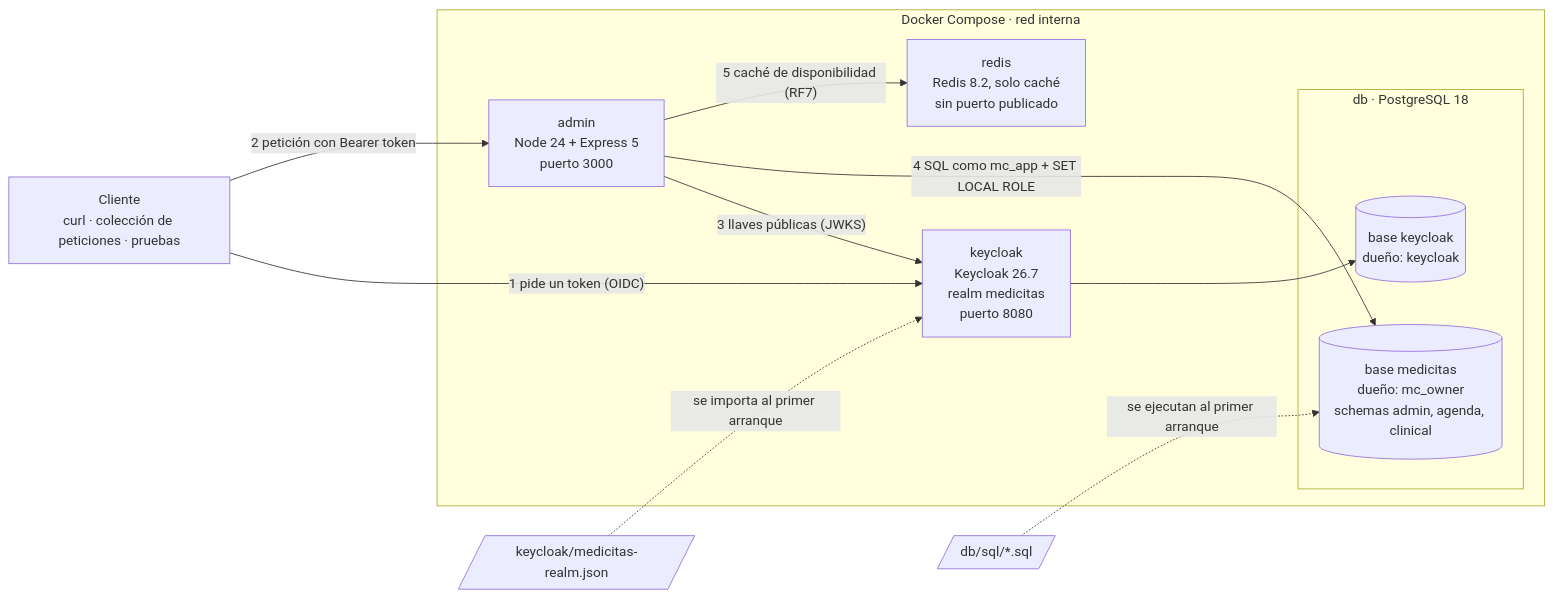
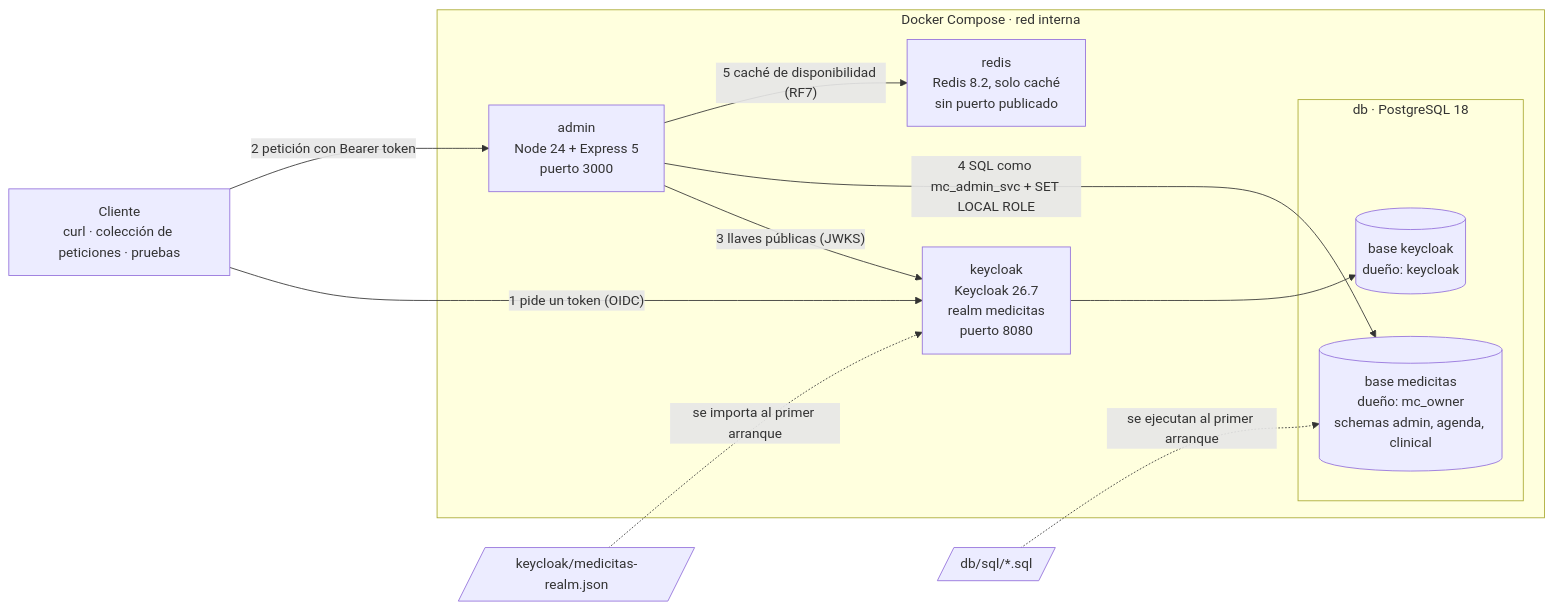
One commit to MechaBort/MediCitas changed the first of 6 diagrams in docs/diagramas.md. Above: the diagram before and after it, drawn with Mermaid. The commit also changed 10 other files, not shown here.

````diff
--- a/docs/diagramas.md
+++ b/docs/diagramas.md
@@ -8,26 +8,26 @@
 ```mermaid
 flowchart LR
     cliente["Cliente<br/>curl · colección de peticiones · pruebas"]
 
     subgraph compose["Docker Compose · red interna"]
         admin["admin<br/>Node 24 + Express 5<br/>puerto 3000"]
         kc["keycloak<br/>Keycloak 26.7<br/>realm medicitas<br/>puerto 8080"]
         subgraph pg["db · PostgreSQL 18"]
             medicitas[("base medicitas<br/>dueño: mc_owner<br/>schemas admin, agenda, clinical")]
             kcdb[("base keycloak<br/>dueño: keycloak")]
         end
         redis["redis<br/>Redis 8.2, solo caché<br/>sin puerto publicado"]
     end
 
     realm[/"keycloak/medicitas-realm.json"/]
     sql[/"db/sql/*.sql"/]
 
     cliente -- "1 pide un token (OIDC)" --> kc
     cliente -- "2 petición con Bearer token" --> admin
     admin -- "3 llaves públicas (JWKS)" --> kc
-    admin -- "4 SQL como mc_app + SET LOCAL ROLE" --> medicitas
+    admin -- "4 SQL como mc_admin_svc + SET LOCAL ROLE" --> medicitas
     admin -- "5 caché de disponibilidad (RF7)" --> redis
     kc --> kcdb
     realm -. "se importa al primer arranque" .-> kc
     sql -. "se ejecutan al primer arranque" .-> medicitas
 ```
````
